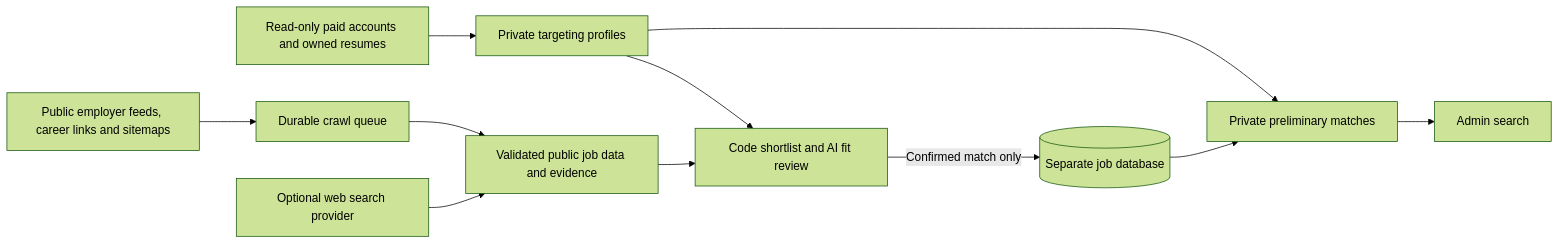
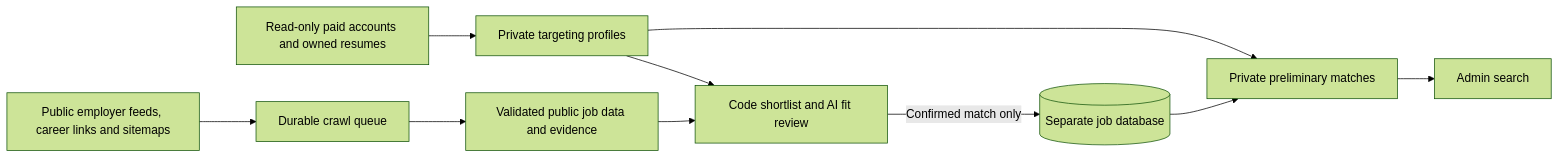
The diagram in docs/job-index.md (Raunak-cloud/myasis), drawn with Mermaid (forest theme) before and after one commit. The commit also changed other lines of this file and 95 other files, not shown here.

Commit message:
Retire SmartRecruiters, PageUp and job web search

````diff
--- a/docs/job-index.md
+++ b/docs/job-index.md
@@ -5,13 +5,12 @@
 ```mermaid
 flowchart LR
   A[Read-only paid accounts and owned resumes] --> B[Private targeting profiles]
   C[Public employer feeds, career links and sitemaps] --> D[Durable crawl queue]
-  E[Optional web search provider] --> F
   D --> F[Validated public job data and evidence]
   F --> R[Code shortlist and AI fit review]
   B --> R
   R -->|Confirmed match only| G[(Separate job database)]
   B --> H[Private preliminary matches]
   G --> H
   H --> I[Admin search]
 ```
````
